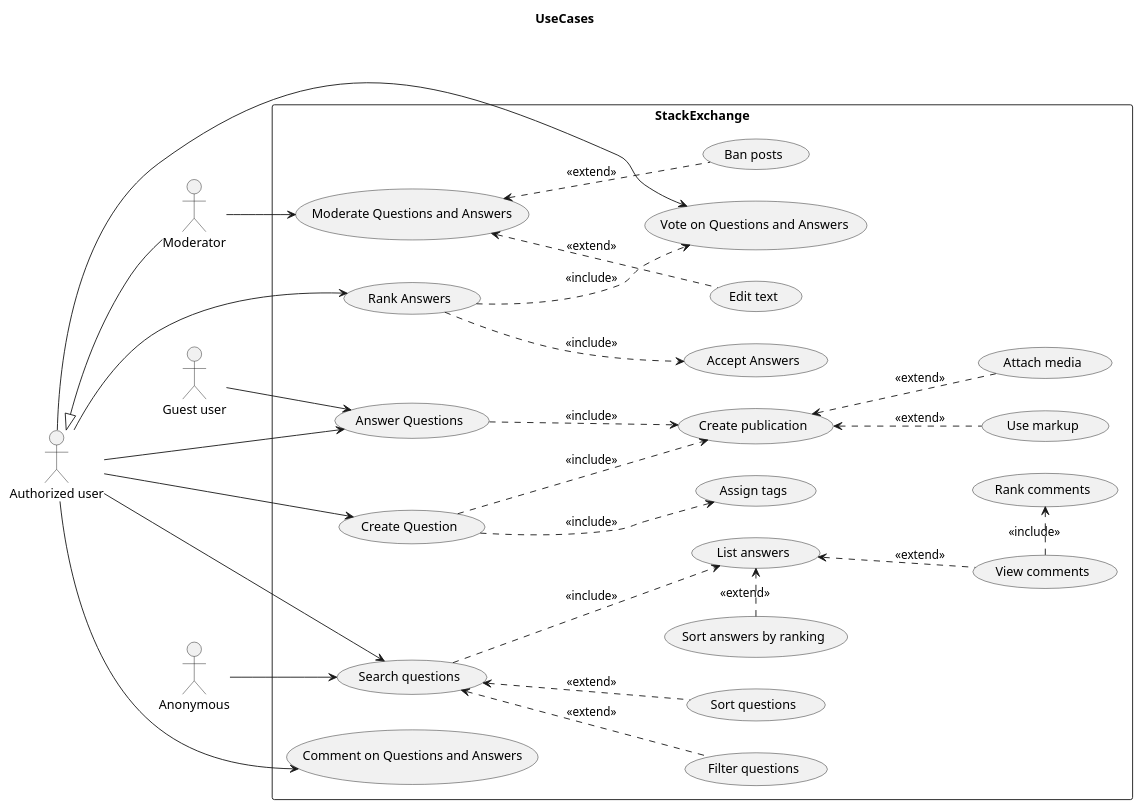
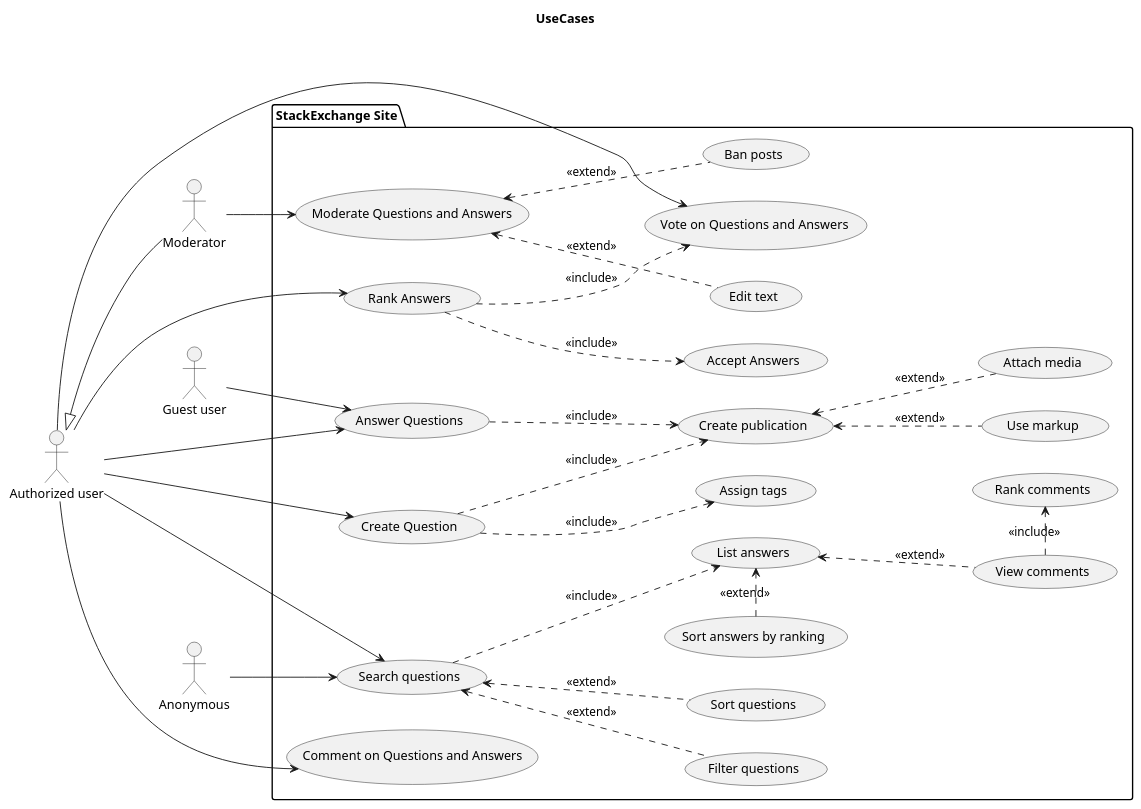
One commit to BardinPetr/itmo-se-basics changed the diagram in lab1/images/FR0_UC0.puml. Above: the diagram before and after it, drawn with PlantUML. The commit also changed 2 other files, not shown here.

```diff
--- a/lab1/images/FR0_UC0.puml
+++ b/lab1/images/FR0_UC0.puml
@@ -1,88 +1,87 @@
 @startuml
 title UseCases
 
 left to right direction
 
 actor "Anonymous" as NAU
 actor "Authorized user" as AU
 actor "Guest user" as GU
 
 actor Moderator as MOD_U
 
-' add system border
-rectangle StackExchange {
+package "StackExchange Site" {
 
     MOD_U -u-|> AU
 
     ' text
     usecase "Create publication" as UCpub
     usecase "Use markup" as UCq_markup
     usecase "Attach media" as UCq_media
 
     UCpub <.. UCq_markup : <<extend>>
     UCpub <.. UCq_media : <<extend>>
 
 
     ' create
     usecase "Assign tags" as UCq_tag
     usecase "Create Question" as UCcreate
 
     AU --> UCcreate
     UCcreate ..> UCq_tag : <<include>>
     UCcreate ..> UCpub : <<include>>
 
     ' answer
     usecase "Answer Questions" as UCanswer
 
     AU --> UCanswer
     GU --> UCanswer
     UCanswer ..> UCpub : <<include>>
 
 
     ' vote
     usecase "Vote on Questions and Answers" as UCvote
     usecase "Rank Answers" as UCrank
     usecase "Accept Answers" as UCaccept
 
     AU --> UCvote
     AU --> UCrank
     UCrank ..> UCaccept : <<include>>
     UCrank ..> UCvote : <<include>>
 
     ' answers
     usecase "Search questions" as UCsearch
     usecase "Filter questions" as UCq_filter
     usecase "Sort questions" as UCq_sort
     usecase "List answers" as UCa_list
     usecase "Sort answers by ranking" as UCa_sort
 
     NAU --> UCsearch
     AU --> UCsearch
 
     UCsearch <.. UCq_filter : <<extend>>
     UCsearch <.. UCq_sort : <<extend>>
 
     UCsearch ..> UCa_list : <<include>>
     UCa_list <.l. UCa_sort : <<extend>>
 
     ' comments
     usecase "Comment on Questions and Answers" as UCcomment
     usecase "View comments" as UCcomment_view
     usecase "Rank comments" as UCcomment_rank
 
     AU ---> UCcomment
     UCa_list <.. UCcomment_view : <<extend>>
     UCcomment_view .r.> UCcomment_rank : <<include>>
 
     ' moderate
     usecase "Moderate Questions and Answers" as UCmod
     usecase "Edit text" as UCmod_edit
     usecase "Ban posts" as UCmod_ban
 
     MOD_U --> UCmod
     UCmod <.. UCmod_edit  : <<extend>>
     UCmod <.. UCmod_ban  : <<extend>>
 
 }
 
 @enduml
```
